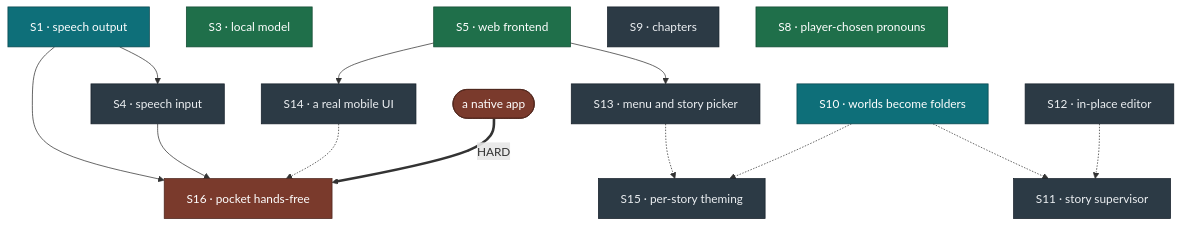
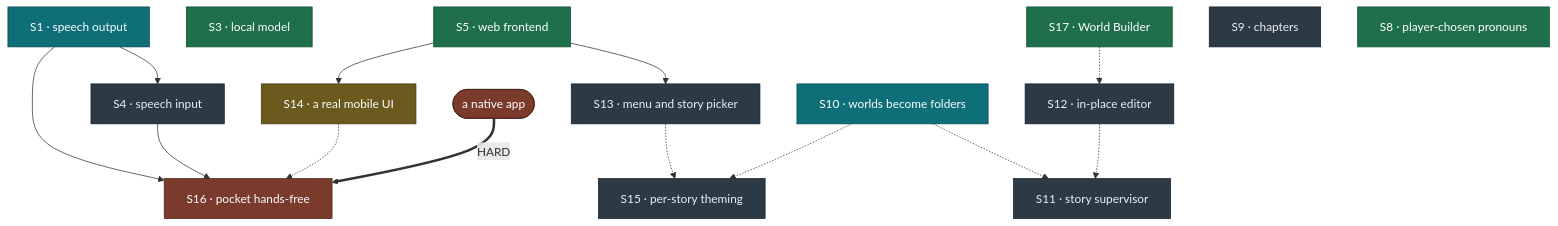
The diagram in ROADMAP.md (cat5inthecradle/adventure-demo), drawn with Mermaid before and after one commit. The commit also changed other lines of this file and 3 other files, not shown here.

First line of the commit message:
Bring the docs up to date with the World Builder, phones and the public site

````diff
--- a/ROADMAP.md
+++ b/ROADMAP.md
@@ -17,36 +17,39 @@
 ```mermaid
 flowchart TD
     classDef done fill:#1f6f4a,stroke:#124a31,color:#ffffff
     classDef next fill:#0e6f79,stroke:#08464d,color:#ffffff
     classDef normal fill:#2c3a45,stroke:#16202a,color:#eceff2
     classDef blocked fill:#7a3a2c,stroke:#4d241b,color:#ffffff
+    classDef partial fill:#6b5a1e,stroke:#43380f,color:#ffffff
 
     S5["S5 · web frontend"]:::done
     S3["S3 · local model"]:::done
     S1["S1 · speech output"]:::next
     S4["S4 · speech input"]:::normal
     NATIVE(["a native app"]):::blocked
 
     S13["S13 · menu and story picker"]:::normal
-    S14["S14 · a real mobile UI"]:::normal
+    S14["S14 · a real mobile UI"]:::partial
     S15["S15 · per-story theming"]:::normal
     S16["S16 · pocket hands-free"]:::blocked
 
     S10["S10 · worlds become folders"]:::next
     S12["S12 · in-place editor"]:::normal
+    S17["S17 · World Builder"]:::done
     S11["S11 · story supervisor"]:::normal
     S9["S9 · chapters"]:::normal
     S8["S8 · player-chosen pronouns"]:::done
 
     S5 --> S13
     S5 --> S14
     S1 --> S4
     S1 --> S16
     S4 --> S16
     S14 -.-> S16
     NATIVE ==>|HARD| S16
     S13 -.-> S15
     S10 -.-> S11
     S10 -.-> S15
     S12 -.-> S11
+    S17 -.-> S12
 ```
````
